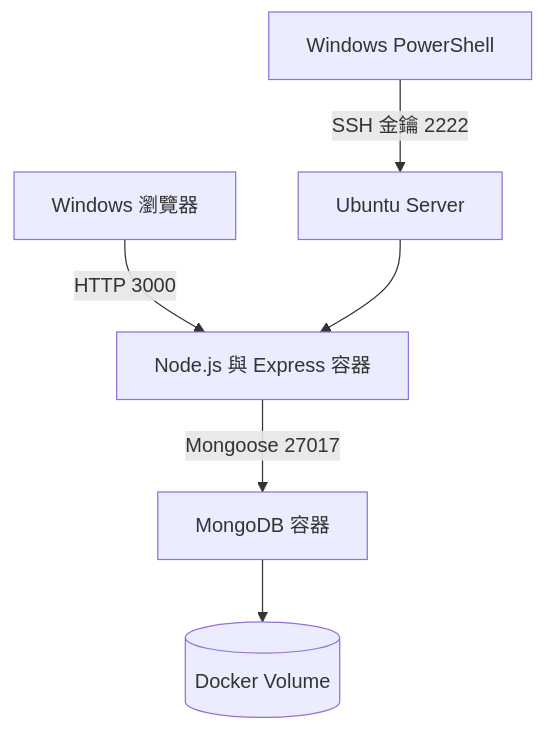
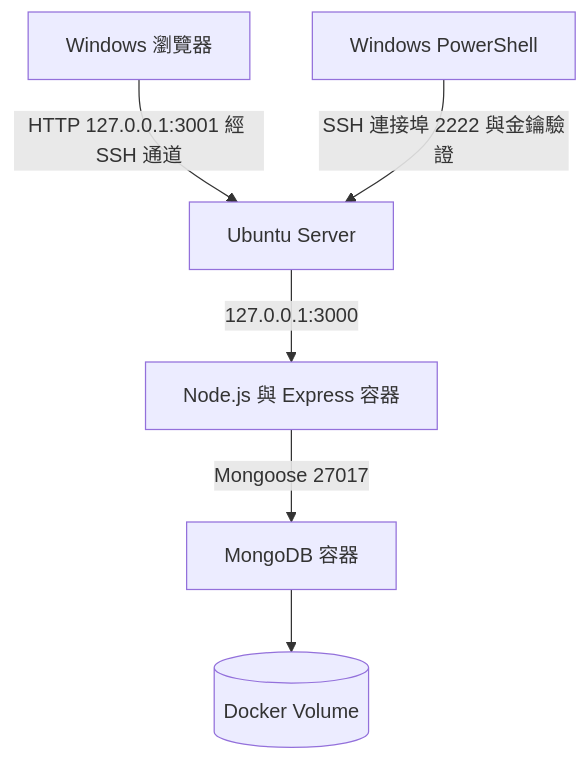
The diagram in README.md (11311102-bot/profile-system), drawn with Mermaid before and after one commit. The commit also changed 3 other files, not shown here.

````diff
--- a/README.md
+++ b/README.md
@@ -28,8 +28,8 @@
 ```mermaid
 flowchart TD
-    A[Windows 瀏覽器] -->|HTTP 3000| B[Node.js 與 Express 容器]
+    A[Windows 瀏覽器] -->|HTTP 127.0.0.1:3001 經 SSH 通道| F[Ubuntu Server]
     B -->|Mongoose 27017| C[MongoDB 容器]
     C --> D[(Docker Volume)]
-    E[Windows PowerShell] -->|SSH 金鑰 2222| F[Ubuntu Server]
-    F --> B
+    E[Windows PowerShell] -->|SSH 連接埠 2222 與金鑰驗證| F
+    F -->|127.0.0.1:3000| B[Node.js 與 Express 容器]
 ```
````
